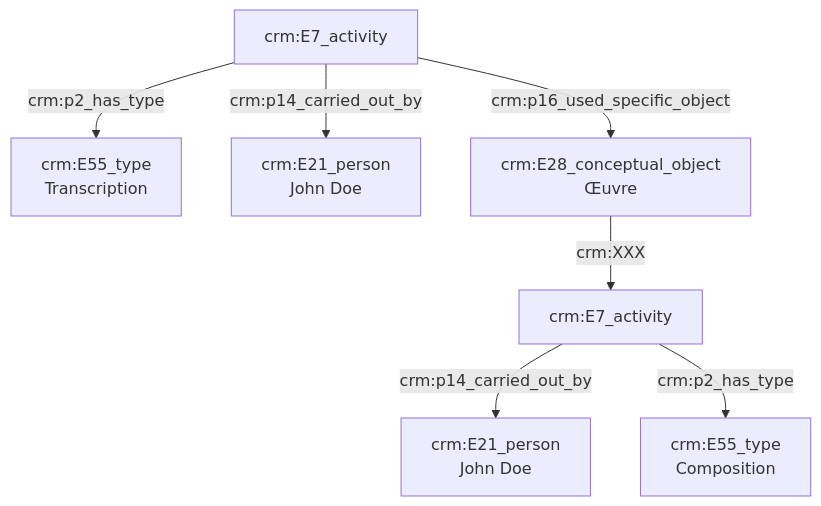
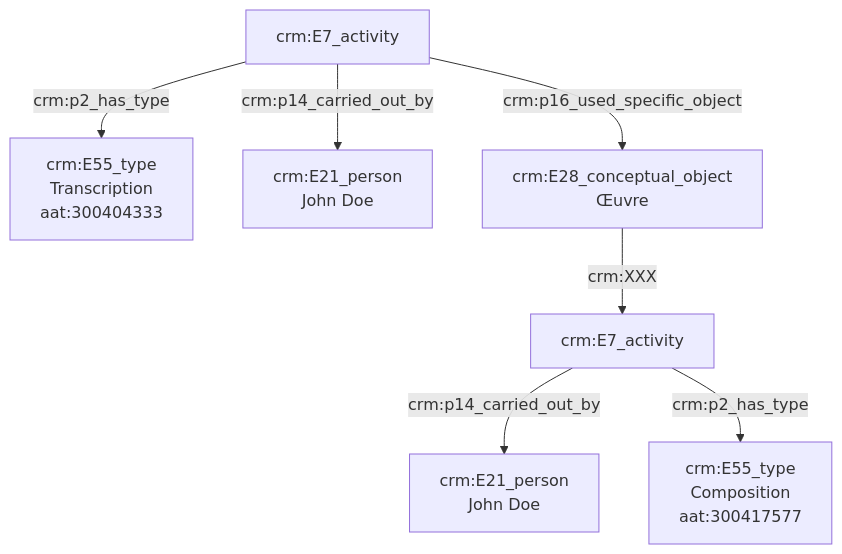
The diagram in modules/livrables/Dossier 2/Indexation conceptuelle/transcription d'une œuvre.md (Amleth/consortium-musica2-gt2-ontologies), drawn with Mermaid before and after one commit.

Commit message:
Update transcription d'une œuvre.md

````diff
--- a/modules/livrables/Dossier 2/Indexation conceptuelle/transcription d'une œuvre.md
+++ b/modules/livrables/Dossier 2/Indexation conceptuelle/transcription d'une œuvre.md
@@ -12,13 +12,13 @@
 ```mermaid
 graph TD;
 
-A[crm:E7_activity] --> |crm:p2_has_type| B[crm:E55_type<br>Transcription]
+A[crm:E7_activity] --> |crm:p2_has_type| B[crm:E55_type<br>Transcription<br>aat:300404333]
 A[crm:E7_activity] --> |crm:p14_carried_out_by| C[crm:E21_person<br>John Doe]
 A[crm:E7_activity] --> |crm:p16_used_specific_object| D[crm:E28_conceptual_object<br>Œuvre]
 
 
 E[crm:E7_activity] --> |crm:p14_carried_out_by| F[crm:E21_person<br>John Doe]
-E[crm:E7_activity] --> |crm:p2_has_type| G[crm:E55_type<br>Composition]
+E[crm:E7_activity] --> |crm:p2_has_type| G[crm:E55_type<br>Composition<br>aat:300417577]
 D[crm:E28_conceptual_object<br>Œuvre]  --> |crm:XXX| E[crm:E7_activity]
 
 ```
````
